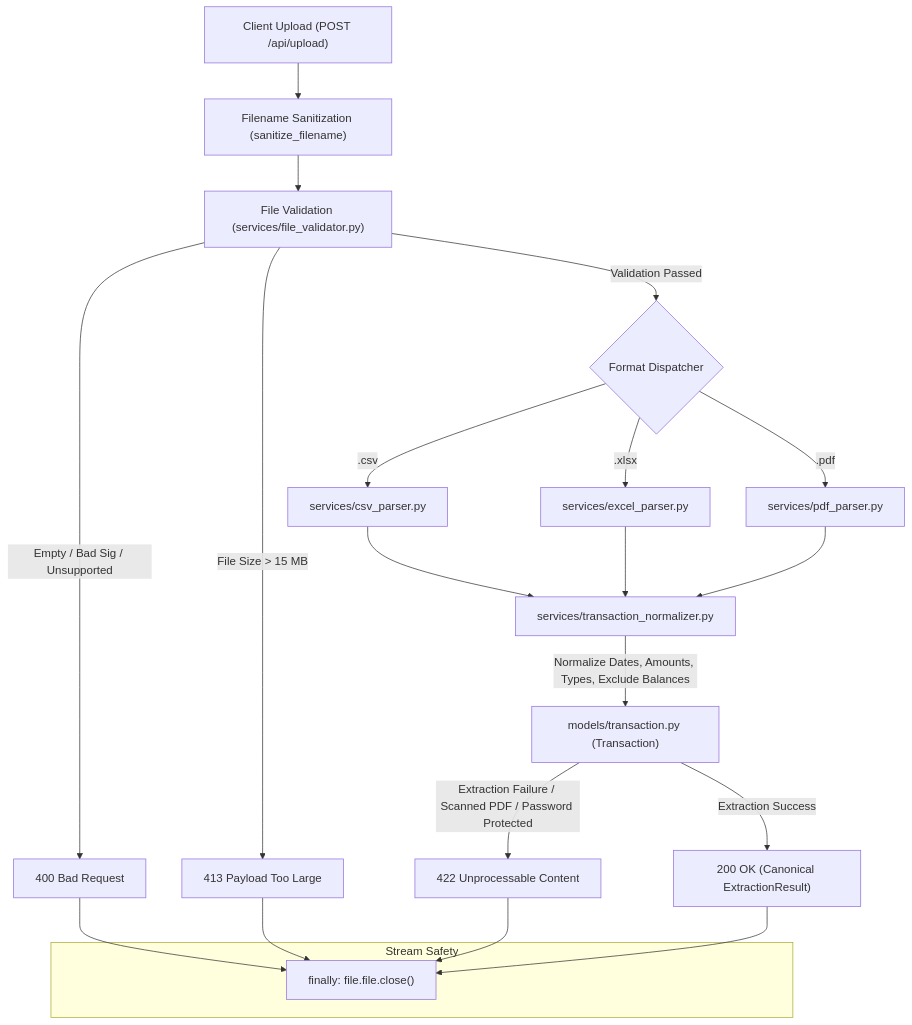
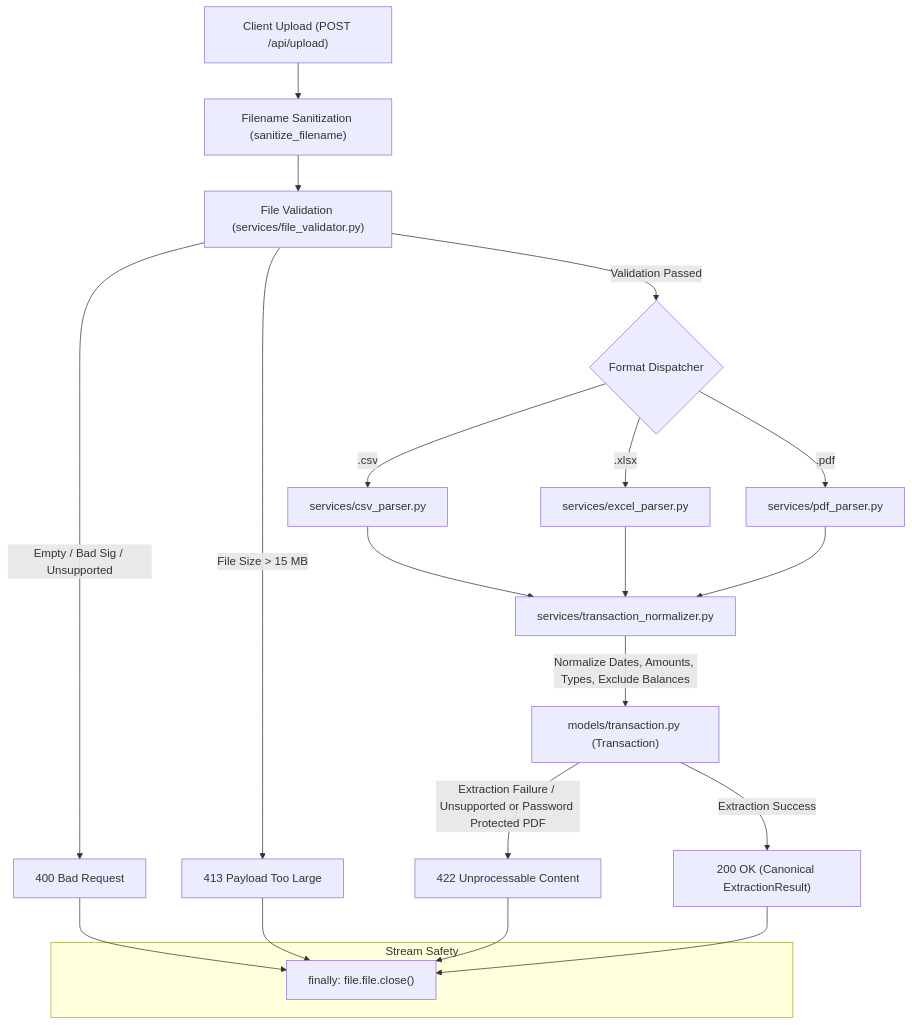
One commit to Damsiiii/BillFold---backend changed the diagram in docs/statement_upload_module.md. Above: the diagram before and after it, drawn with Mermaid. The commit also changed other lines of this file and 13 other files, not shown here.

````diff
--- a/docs/statement_upload_module.md
+++ b/docs/statement_upload_module.md
@@ -44,31 +44,31 @@
 ```mermaid
 flowchart TD
     A["Client Upload (POST /api/upload)"] --> B["Filename Sanitization (sanitize_filename)"]
     B --> C["File Validation (services/file_validator.py)"]
     
     C -- "Empty / Bad Sig / Unsupported" --> ERR400["400 Bad Request"]
     C -- "File Size > 15 MB" --> ERR413["413 Payload Too Large"]
     
     C -- "Validation Passed" --> D{"Format Dispatcher"}
     
     D -- ".csv" --> E["services/csv_parser.py"]
     D -- ".xlsx" --> F["services/excel_parser.py"]
     D -- ".pdf" --> G["services/pdf_parser.py"]
     
     E --> H["services/transaction_normalizer.py"]
     F --> H
     G --> H
     
     H -- "Normalize Dates, Amounts, Types, Exclude Balances" --> I["models/transaction.py (Transaction)"]
     
-    I -- "Extraction Failure / Scanned PDF / Password Protected" --> ERR422["422 Unprocessable Content"]
+    I -- "Extraction Failure / Unsupported or Password Protected PDF" --> ERR422["422 Unprocessable Content"]
     I -- "Extraction Success" --> OK200["200 OK (Canonical ExtractionResult)"]
     
     subgraph Stream Safety
         S["finally: file.file.close()"]
     end
     ERR400 --> S
     ERR413 --> S
     ERR422 --> S
     OK200 --> S
 ```
````
